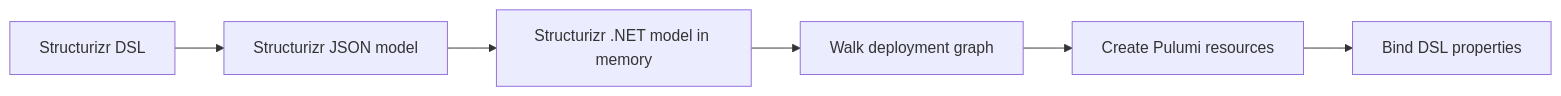
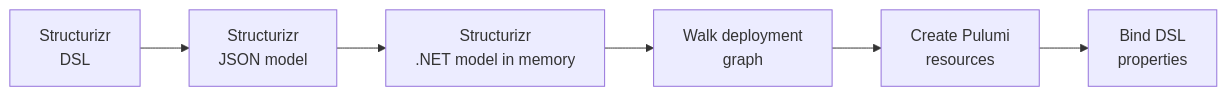
Before and after one commit to pavel-agarkov/live-arch: the first of 3 diagrams in slides/sections/6.engine.md, drawn with Mermaid. The commit also changed other lines of this file and 3 other files, not shown here.

````diff
--- a/slides/sections/6.engine.md
+++ b/slides/sections/6.engine.md
@@ -179,11 +179,11 @@
 ```mermaid
 flowchart LR
-    A[Structurizr DSL]
-    B[Structurizr JSON model]
-    C[Structurizr .NET model in memory]
-    D[Walk deployment graph]
-    E[Create Pulumi resources]
-    F[Bind DSL properties]
+    A[Structurizr<br/>DSL]
+    B[Structurizr<br/>JSON model]
+    C[Structurizr<br/>.NET model in memory]
+    D[Walk deployment<br/>graph]
+    E[Create Pulumi<br/>resources]
+    F[Bind DSL<br/>properties]
 
     A --> B --> C --> D --> E --> F
 ```
````
